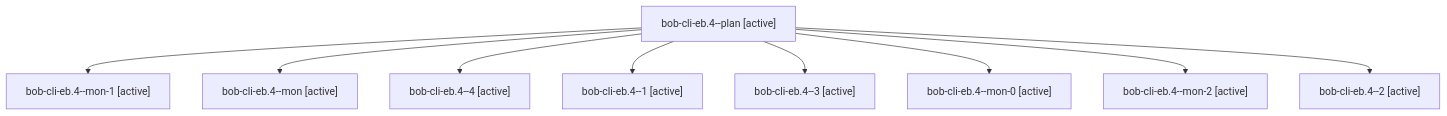
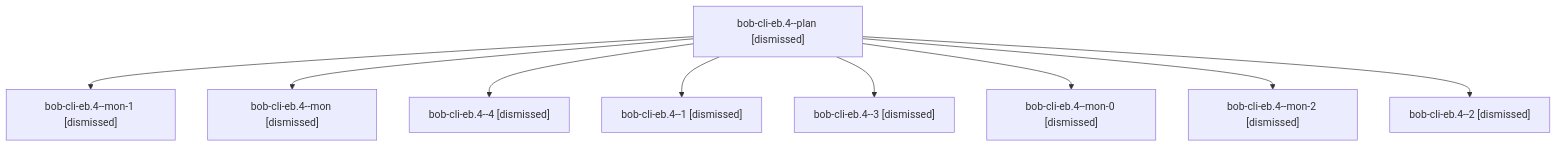
Before and after one commit to bobs-org/bob-cli--agents: the diagram in sessions/bbugyi200.apollo.bob-cli-eb.4.md, drawn with Mermaid. The commit also changed other lines of this file and 256 other files, not shown here.

````diff
--- a/sessions/bbugyi200.apollo.bob-cli-eb.4.md
+++ b/sessions/bbugyi200.apollo.bob-cli-eb.4.md
@@ -9,20 +9,20 @@
 ```mermaid
 flowchart TD
-  n0["bob-cli-eb.4--plan [active]"]
-  n1["bob-cli-eb.4--mon-1 [active]"]
+  n0["bob-cli-eb.4--plan [dismissed]"]
+  n1["bob-cli-eb.4--mon-1 [dismissed]"]
   n0 --> n1
-  n2["bob-cli-eb.4--mon [active]"]
+  n2["bob-cli-eb.4--mon [dismissed]"]
   n0 --> n2
-  n3["bob-cli-eb.4--4 [active]"]
+  n3["bob-cli-eb.4--4 [dismissed]"]
   n0 --> n3
-  n4["bob-cli-eb.4--1 [active]"]
+  n4["bob-cli-eb.4--1 [dismissed]"]
   n0 --> n4
-  n5["bob-cli-eb.4--3 [active]"]
+  n5["bob-cli-eb.4--3 [dismissed]"]
   n0 --> n5
-  n6["bob-cli-eb.4--mon-0 [active]"]
+  n6["bob-cli-eb.4--mon-0 [dismissed]"]
   n0 --> n6
-  n7["bob-cli-eb.4--mon-2 [active]"]
+  n7["bob-cli-eb.4--mon-2 [dismissed]"]
   n0 --> n7
-  n8["bob-cli-eb.4--2 [active]"]
+  n8["bob-cli-eb.4--2 [dismissed]"]
   n0 --> n8
 ```
````
